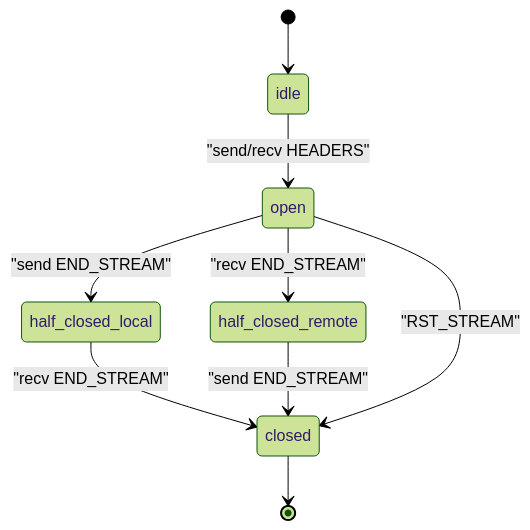
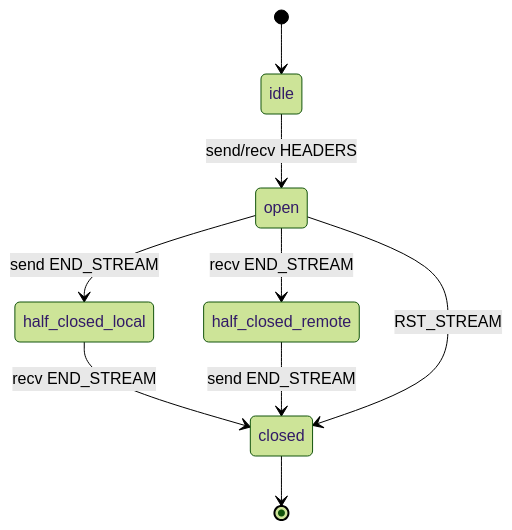
The second of 2 diagrams in content/post/http-2-multiplexing-and-hpack.md (vabs/vabs.github.io), drawn with Mermaid (forest theme) before and after one commit. The commit also changed other lines of this file and 87 other files, not shown here.

First line of the commit message:
Fix: Readable mermaid diagrams and fact-check blog posts

```diff
--- a/content/post/http-2-multiplexing-and-hpack.md
+++ b/content/post/http-2-multiplexing-and-hpack.md
@@ -71,11 +73,11 @@
 {{< mermaid >}}
 stateDiagram-v2
     [*] --> idle
-    idle --> open: "send/recv HEADERS"
-    open --> half_closed_local: "send END_STREAM"
-    open --> half_closed_remote: "recv END_STREAM"
-    half_closed_local --> closed: "recv END_STREAM"
-    half_closed_remote --> closed: "send END_STREAM"
-    open --> closed: "RST_STREAM"
+    idle --> open: send/recv HEADERS
+    open --> half_closed_local: send END_STREAM
+    open --> half_closed_remote: recv END_STREAM
+    half_closed_local --> closed: recv END_STREAM
+    half_closed_remote --> closed: send END_STREAM
+    open --> closed: RST_STREAM
     closed --> [*]
 {{< /mermaid >}}
```
